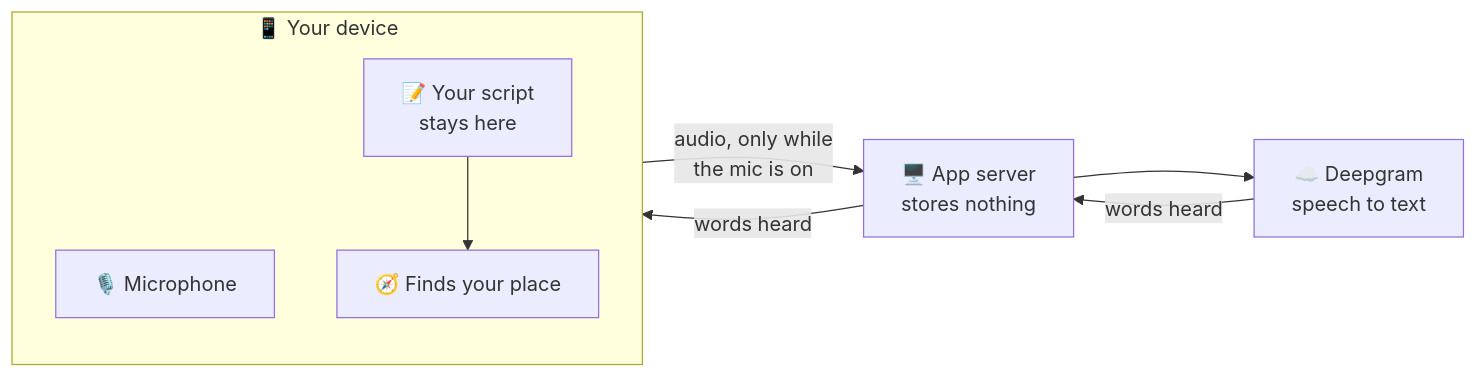
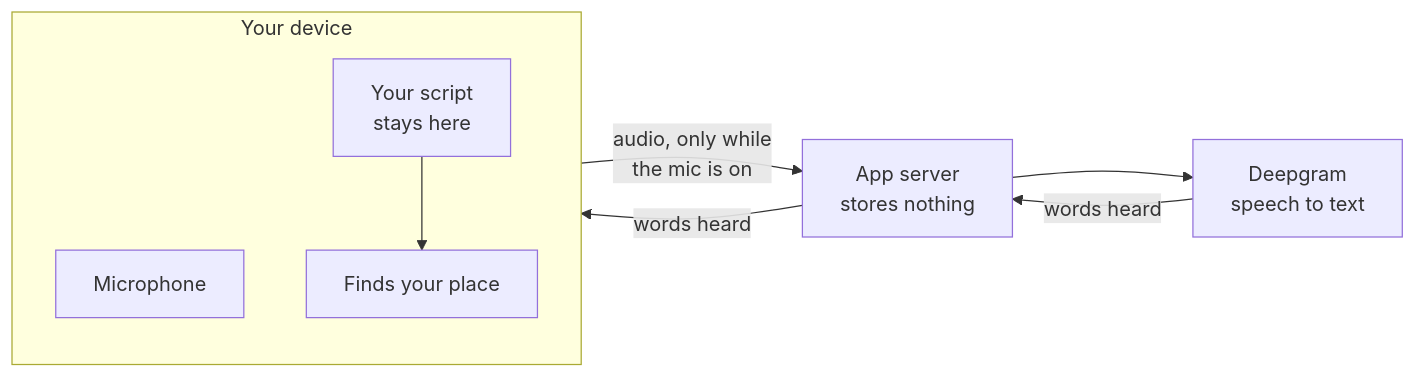
The first of 4 diagrams in README.md (rimorin/tk_teleprompter), drawn with Mermaid before and after one commit. The commit also changed other lines of this file and 22 other files, not shown here.

````diff
--- a/README.md
+++ b/README.md
@@ -206,13 +196,13 @@
 ```mermaid
 flowchart LR
-    subgraph device["📱 Your device"]
+    subgraph device["Your device"]
         direction TB
-        mic["🎙️ Microphone"]
-        script["📝 Your script<br/>stays here"] --> place["🧭 Finds your place"]
+        mic["Microphone"]
+        script["Your script<br/>stays here"] --> place["Finds your place"]
     end
-    relay["🖥️ App server<br/>stores nothing"]
-    dg["☁️ Deepgram<br/>speech to text"]
+    relay["App server<br/>stores nothing"]
+    dg["Deepgram<br/>speech to text"]
 
     mic -- "audio, only while<br/>the mic is on" --> relay --> dg
     dg -- "words heard" --> relay -- "words heard" --> place
 ```
````
